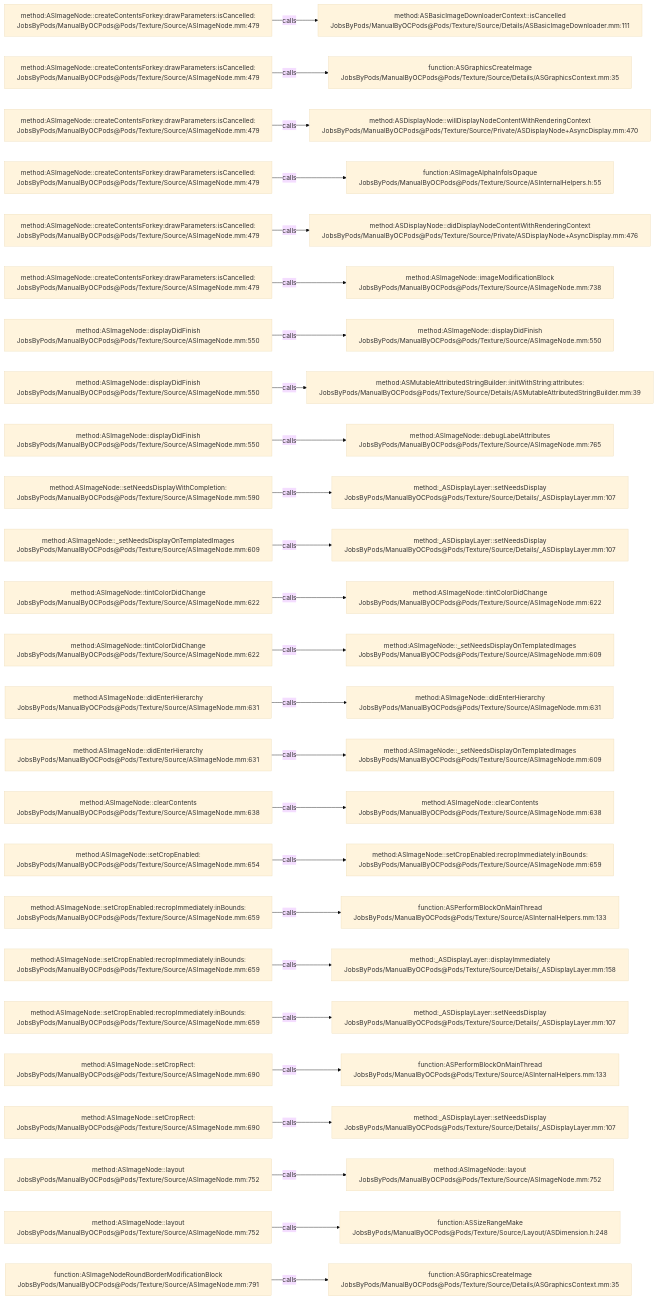
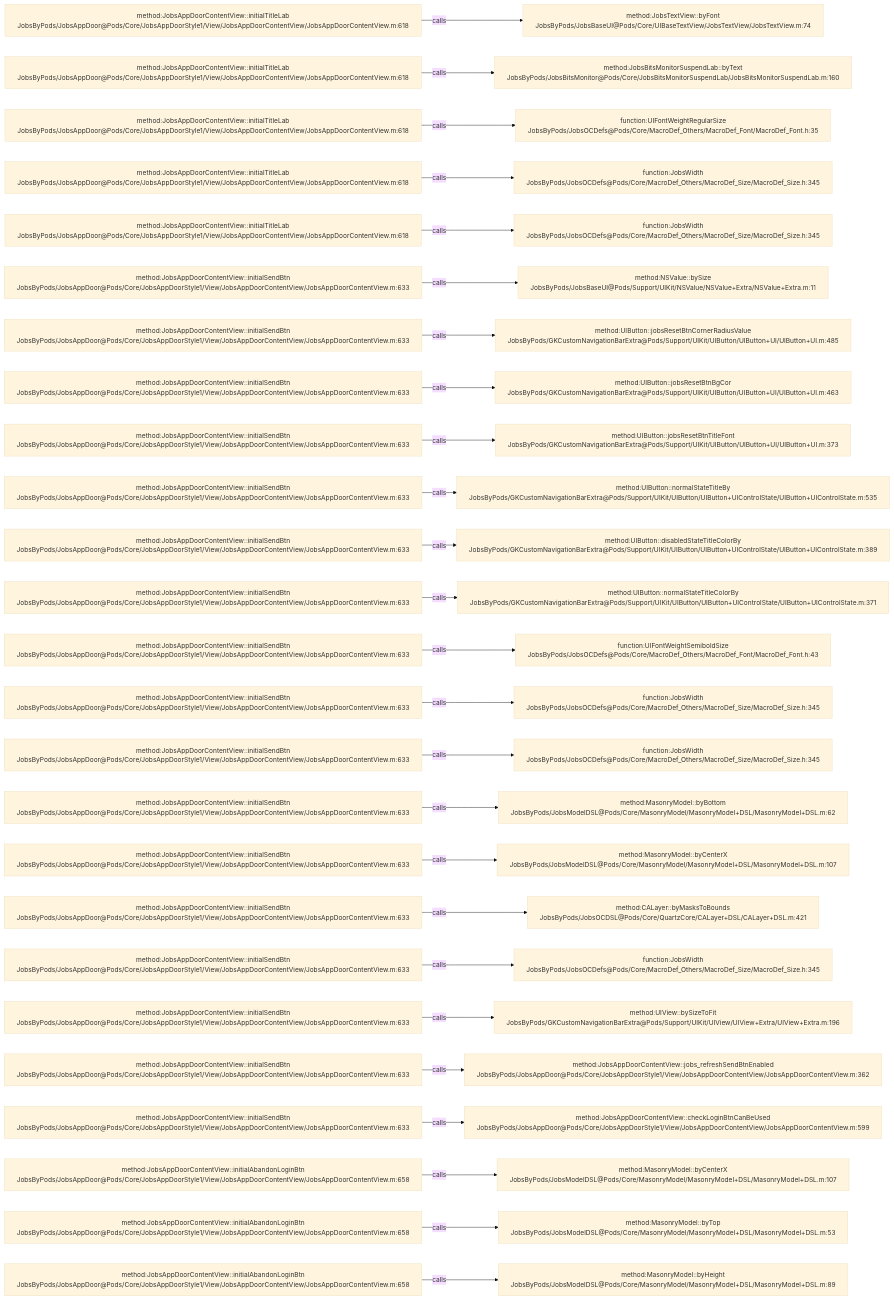
One commit to JobsKits/JobsOCBaseConfigDemo changed the diagram in .codegraph/codegraph.md/graphs/calls-095.md. Above: the diagram before and after it, drawn with Mermaid (base theme). The commit also changed 768 other files, not shown here.

````diff
--- a/.codegraph/codegraph.md/graphs/calls-095.md
+++ b/.codegraph/codegraph.md/graphs/calls-095.md
@@ -13,78 +13,78 @@
 ```mermaid
 flowchart LR
-  S1["method:ASImageNode::createContentsForkey:drawParameters:isCancelled:<br/>JobsByPods/ManualByOCPods@Pods/Texture/Source/ASImageNode.mm:479"]
-  T1["method:ASBasicImageDownloaderContext::isCancelled<br/>JobsByPods/ManualByOCPods@Pods/Texture/Source/Details/ASBasicImageDownloader.mm:111"]
+  S1["method:JobsAppDoorContentView::initialTitleLab<br/>JobsByPods/JobsAppDoor@Pods/Core/JobsAppDoorStyle1/View/JobsAppDoorContentView/JobsAppDoorContentView.m:618"]
+  T1["method:JobsTextView::byFont<br/>JobsByPods/JobsBaseUI@Pods/Core/UIBaseTextView/JobsTextView/JobsTextView.m:74"]
   S1 -->|calls| T1
-  S2["method:ASImageNode::createContentsForkey:drawParameters:isCancelled:<br/>JobsByPods/ManualByOCPods@Pods/Texture/Source/ASImageNode.mm:479"]
-  T2["function:ASGraphicsCreateImage<br/>JobsByPods/ManualByOCPods@Pods/Texture/Source/Details/ASGraphicsContext.mm:35"]
+  S2["method:JobsAppDoorContentView::initialTitleLab<br/>JobsByPods/JobsAppDoor@Pods/Core/JobsAppDoorStyle1/View/JobsAppDoorContentView/JobsAppDoorContentView.m:618"]
+  T2["method:JobsBitsMonitorSuspendLab::byText<br/>JobsByPods/JobsBitsMonitor@Pods/Core/JobsBitsMonitorSuspendLab/JobsBitsMonitorSuspendLab.m:160"]
   S2 -->|calls| T2
-  S3["method:ASImageNode::createContentsForkey:drawParameters:isCancelled:<br/>JobsByPods/ManualByOCPods@Pods/Texture/Source/ASImageNode.mm:479"]
-  T3["method:ASDisplayNode::willDisplayNodeContentWithRenderingContext<br/>JobsByPods/ManualByOCPods@Pods/Texture/Source/Private/ASDisplayNode+AsyncDisplay.mm:470"]
+  S3["method:JobsAppDoorContentView::initialTitleLab<br/>JobsByPods/JobsAppDoor@Pods/Core/JobsAppDoorStyle1/View/JobsAppDoorContentView/JobsAppDoorContentView.m:618"]
+  T3["function:UIFontWeightRegularSize<br/>JobsByPods/JobsOCDefs@Pods/Core/MacroDef_Others/MacroDef_Font/MacroDef_Font.h:35"]
   S3 -->|calls| T3
-  S4["method:ASImageNode::createContentsForkey:drawParameters:isCancelled:<br/>JobsByPods/ManualByOCPods@Pods/Texture/Source/ASImageNode.mm:479"]
-  T4["function:ASImageAlphaInfoIsOpaque<br/>JobsByPods/ManualByOCPods@Pods/Texture/Source/ASInternalHelpers.h:55"]
+  S4["method:JobsAppDoorContentView::initialTitleLab<br/>JobsByPods/JobsAppDoor@Pods/Core/JobsAppDoorStyle1/View/JobsAppDoorContentView/JobsAppDoorContentView.m:618"]
+  T4["function:JobsWidth<br/>JobsByPods/JobsOCDefs@Pods/Core/MacroDef_Others/MacroDef_Size/MacroDef_Size.h:345"]
   S4 -->|calls| T4
-  S5["method:ASImageNode::createContentsForkey:drawParameters:isCancelled:<br/>JobsByPods/ManualByOCPods@Pods/Texture/Source/ASImageNode.mm:479"]
-  T5["method:ASDisplayNode::didDisplayNodeContentWithRenderingContext<br/>JobsByPods/ManualByOCPods@Pods/Texture/Source/Private/ASDisplayNode+AsyncDisplay.mm:476"]
+  S5["method:JobsAppDoorContentView::initialTitleLab<br/>JobsByPods/JobsAppDoor@Pods/Core/JobsAppDoorStyle1/View/JobsAppDoorContentView/JobsAppDoorContentView.m:618"]
+  T5["function:JobsWidth<br/>JobsByPods/JobsOCDefs@Pods/Core/MacroDef_Others/MacroDef_Size/MacroDef_Size.h:345"]
   S5 -->|calls| T5
-  S6["method:ASImageNode::createContentsForkey:drawParameters:isCancelled:<br/>JobsByPods/ManualByOCPods@Pods/Texture/Source/ASImageNode.mm:479"]
-  T6["method:ASImageNode::imageModificationBlock<br/>JobsByPods/ManualByOCPods@Pods/Texture/Source/ASImageNode.mm:738"]
+  S6["method:JobsAppDoorContentView::initialSendBtn<br/>JobsByPods/JobsAppDoor@Pods/Core/JobsAppDoorStyle1/View/JobsAppDoorContentView/JobsAppDoorContentView.m:633"]
+  T6["method:NSValue::bySize<br/>JobsByPods/JobsBaseUI@Pods/Support/UIKit/NSValue/NSValue+Extra/NSValue+Extra.m:11"]
   S6 -->|calls| T6
-  S7["method:ASImageNode::displayDidFinish<br/>JobsByPods/ManualByOCPods@Pods/Texture/Source/ASImageNode.mm:550"]
-  T7["method:ASImageNode::displayDidFinish<br/>JobsByPods/ManualByOCPods@Pods/Texture/Source/ASImageNode.mm:550"]
+  S7["method:JobsAppDoorContentView::initialSendBtn<br/>JobsByPods/JobsAppDoor@Pods/Core/JobsAppDoorStyle1/View/JobsAppDoorContentView/JobsAppDoorContentView.m:633"]
+  T7["method:UIButton::jobsResetBtnCornerRadiusValue<br/>JobsByPods/GKCustomNavigationBarExtra@Pods/Support/UIKit/UIButton/UIButton+UI/UIButton+UI.m:485"]
   S7 -->|calls| T7
-  S8["method:ASImageNode::displayDidFinish<br/>JobsByPods/ManualByOCPods@Pods/Texture/Source/ASImageNode.mm:550"]
-  T8["method:ASMutableAttributedStringBuilder::initWithString:attributes:<br/>JobsByPods/ManualByOCPods@Pods/Texture/Source/Details/ASMutableAttributedStringBuilder.mm:39"]
+  S8["method:JobsAppDoorContentView::initialSendBtn<br/>JobsByPods/JobsAppDoor@Pods/Core/JobsAppDoorStyle1/View/JobsAppDoorContentView/JobsAppDoorContentView.m:633"]
+  T8["method:UIButton::jobsResetBtnBgCor<br/>JobsByPods/GKCustomNavigationBarExtra@Pods/Support/UIKit/UIButton/UIButton+UI/UIButton+UI.m:463"]
   S8 -->|calls| T8
-  S9["method:ASImageNode::displayDidFinish<br/>JobsByPods/ManualByOCPods@Pods/Texture/Source/ASImageNode.mm:550"]
-  T9["method:ASImageNode::debugLabelAttributes<br/>JobsByPods/ManualByOCPods@Pods/Texture/Source/ASImageNode.mm:765"]
+  S9["method:JobsAppDoorContentView::initialSendBtn<br/>JobsByPods/JobsAppDoor@Pods/Core/JobsAppDoorStyle1/View/JobsAppDoorContentView/JobsAppDoorContentView.m:633"]
+  T9["method:UIButton::jobsResetBtnTitleFont<br/>JobsByPods/GKCustomNavigationBarExtra@Pods/Support/UIKit/UIButton/UIButton+UI/UIButton+UI.m:373"]
   S9 -->|calls| T9
-  S10["method:ASImageNode::setNeedsDisplayWithCompletion:<br/>JobsByPods/ManualByOCPods@Pods/Texture/Source/ASImageNode.mm:590"]
-  T10["method:_ASDisplayLayer::setNeedsDisplay<br/>JobsByPods/ManualByOCPods@Pods/Texture/Source/Details/_ASDisplayLayer.mm:107"]
+  S10["method:JobsAppDoorContentView::initialSendBtn<br/>JobsByPods/JobsAppDoor@Pods/Core/JobsAppDoorStyle1/View/JobsAppDoorContentView/JobsAppDoorContentView.m:633"]
+  T10["method:UIButton::normalStateTitleBy<br/>JobsByPods/GKCustomNavigationBarExtra@Pods/Support/UIKit/UIButton/UIButton+UIControlState/UIButton+UIControlState.m:535"]
   S10 -->|calls| T10
-  S11["method:ASImageNode::_setNeedsDisplayOnTemplatedImages<br/>JobsByPods/ManualByOCPods@Pods/Texture/Source/ASImageNode.mm:609"]
-  T11["method:_ASDisplayLayer::setNeedsDisplay<br/>JobsByPods/ManualByOCPods@Pods/Texture/Source/Details/_ASDisplayLayer.mm:107"]
+  S11["method:JobsAppDoorContentView::initialSendBtn<br/>JobsByPods/JobsAppDoor@Pods/Core/JobsAppDoorStyle1/View/JobsAppDoorContentView/JobsAppDoorContentView.m:633"]
+  T11["method:UIButton::disabledStateTitleColorBy<br/>JobsByPods/GKCustomNavigationBarExtra@Pods/Support/UIKit/UIButton/UIButton+UIControlState/UIButton+UIControlState.m:389"]
   S11 -->|calls| T11
-  S12["method:ASImageNode::tintColorDidChange<br/>JobsByPods/ManualByOCPods@Pods/Texture/Source/ASImageNode.mm:622"]
-  T12["method:ASImageNode::tintColorDidChange<br/>JobsByPods/ManualByOCPods@Pods/Texture/Source/ASImageNode.mm:622"]
+  S12["method:JobsAppDoorContentView::initialSendBtn<br/>JobsByPods/JobsAppDoor@Pods/Core/JobsAppDoorStyle1/View/JobsAppDoorContentView/JobsAppDoorContentView.m:633"]
+  T12["method:UIButton::normalStateTitleColorBy<br/>JobsByPods/GKCustomNavigationBarExtra@Pods/Support/UIKit/UIButton/UIButton+UIControlState/UIButton+UIControlState.m:371"]
   S12 -->|calls| T12
-  S13["method:ASImageNode::tintColorDidChange<br/>JobsByPods/ManualByOCPods@Pods/Texture/Source/ASImageNode.mm:622"]
-  T13["method:ASImageNode::_setNeedsDisplayOnTemplatedImages<br/>JobsByPods/ManualByOCPods@Pods/Texture/Source/ASImageNode.mm:609"]
+  S13["method:JobsAppDoorContentView::initialSendBtn<br/>JobsByPods/JobsAppDoor@Pods/Core/JobsAppDoorStyle1/View/JobsAppDoorContentView/JobsAppDoorContentView.m:633"]
+  T13["function:UIFontWeightSemiboldSize<br/>JobsByPods/JobsOCDefs@Pods/Core/MacroDef_Others/MacroDef_Font/MacroDef_Font.h:43"]
   S13 -->|calls| T13
-  S14["method:ASImageNode::didEnterHierarchy<br/>JobsByPods/ManualByOCPods@Pods/Texture/Source/ASImageNode.mm:631"]
-  T14["method:ASImageNode::didEnterHierarchy<br/>JobsByPods/ManualByOCPods@Pods/Texture/Source/ASImageNode.mm:631"]
+  S14["method:JobsAppDoorContentView::initialSendBtn<br/>JobsByPods/JobsAppDoor@Pods/Core/JobsAppDoorStyle1/View/JobsAppDoorContentView/JobsAppDoorContentView.m:633"]
+  T14["function:JobsWidth<br/>JobsByPods/JobsOCDefs@Pods/Core/MacroDef_Others/MacroDef_Size/MacroDef_Size.h:345"]
   S14 -->|calls| T14
-  S15["method:ASImageNode::didEnterHierarchy<br/>JobsByPods/ManualByOCPods@Pods/Texture/Source/ASImageNode.mm:631"]
-  T15["method:ASImageNode::_setNeedsDisplayOnTemplatedImages<br/>JobsByPods/ManualByOCPods@Pods/Texture/Source/ASImageNode.mm:609"]
+  S15["method:JobsAppDoorContentView::initialSendBtn<br/>JobsByPods/JobsAppDoor@Pods/Core/JobsAppDoorStyle1/View/JobsAppDoorContentView/JobsAppDoorContentView.m:633"]
+  T15["function:JobsWidth<br/>JobsByPods/JobsOCDefs@Pods/Core/MacroDef_Others/MacroDef_Size/MacroDef_Size.h:345"]
   S15 -->|calls| T15
-  S16["method:ASImageNode::clearContents<br/>JobsByPods/ManualByOCPods@Pods/Texture/Source/ASImageNode.mm:638"]
-  T16["method:ASImageNode::clearContents<br/>JobsByPods/ManualByOCPods@Pods/Texture/Source/ASImageNode.mm:638"]
+  S16["method:JobsAppDoorContentView::initialSendBtn<br/>JobsByPods/JobsAppDoor@Pods/Core/JobsAppDoorStyle1/View/JobsAppDoorContentView/JobsAppDoorContentView.m:633"]
+  T16["method:MasonryModel::byBottom<br/>JobsByPods/JobsModelDSL@Pods/Core/MasonryModel/MasonryModel+DSL/MasonryModel+DSL.m:62"]
   S16 -->|calls| T16
-  S17["method:ASImageNode::setCropEnabled:<br/>JobsByPods/ManualByOCPods@Pods/Texture/Source/ASImageNode.mm:654"]
-  T17["method:ASImageNode::setCropEnabled:recropImmediately:inBounds:<br/>JobsByPods/ManualByOCPods@Pods/Texture/Source/ASImageNode.mm:659"]
+  S17["method:JobsAppDoorContentView::initialSendBtn<br/>JobsByPods/JobsAppDoor@Pods/Core/JobsAppDoorStyle1/View/JobsAppDoorContentView/JobsAppDoorContentView.m:633"]
+  T17["method:MasonryModel::byCenterX<br/>JobsByPods/JobsModelDSL@Pods/Core/MasonryModel/MasonryModel+DSL/MasonryModel+DSL.m:107"]
   S17 -->|calls| T17
-  S18["method:ASImageNode::setCropEnabled:recropImmediately:inBounds:<br/>JobsByPods/ManualByOCPods@Pods/Texture/Source/ASImageNode.mm:659"]
-  T18["function:ASPerformBlockOnMainThread<br/>JobsByPods/ManualByOCPods@Pods/Texture/Source/ASInternalHelpers.mm:133"]
+  S18["method:JobsAppDoorContentView::initialSendBtn<br/>JobsByPods/JobsAppDoor@Pods/Core/JobsAppDoorStyle1/View/JobsAppDoorContentView/JobsAppDoorContentView.m:633"]
+  T18["method:CALayer::byMasksToBounds<br/>JobsByPods/JobsOCDSL@Pods/Core/QuartzCore/CALayer+DSL/CALayer+DSL.m:421"]
   S18 -->|calls| T18
-  S19["method:ASImageNode::setCropEnabled:recropImmediately:inBounds:<br/>JobsByPods/ManualByOCPods@Pods/Texture/Source/ASImageNode.mm:659"]
-  T19["method:_ASDisplayLayer::displayImmediately<br/>JobsByPods/ManualByOCPods@Pods/Texture/Source/Details/_ASDisplayLayer.mm:158"]
+  S19["method:JobsAppDoorContentView::initialSendBtn<br/>JobsByPods/JobsAppDoor@Pods/Core/JobsAppDoorStyle1/View/JobsAppDoorContentView/JobsAppDoorContentView.m:633"]
+  T19["function:JobsWidth<br/>JobsByPods/JobsOCDefs@Pods/Core/MacroDef_Others/MacroDef_Size/MacroDef_Size.h:345"]
   S19 -->|calls| T19
-  S20["method:ASImageNode::setCropEnabled:recropImmediately:inBounds:<br/>JobsByPods/ManualByOCPods@Pods/Texture/Source/ASImageNode.mm:659"]
-  T20["method:_ASDisplayLayer::setNeedsDisplay<br/>JobsByPods/ManualByOCPods@Pods/Texture/Source/Details/_ASDisplayLayer.mm:107"]
+  S20["method:JobsAppDoorContentView::initialSendBtn<br/>JobsByPods/JobsAppDoor@Pods/Core/JobsAppDoorStyle1/View/JobsAppDoorContentView/JobsAppDoorContentView.m:633"]
+  T20["method:UIView::bySizeToFit<br/>JobsByPods/GKCustomNavigationBarExtra@Pods/Support/UIKit/UIView/UIView+Extra/UIView+Extra.m:196"]
   S20 -->|calls| T20
-  S21["method:ASImageNode::setCropRect:<br/>JobsByPods/ManualByOCPods@Pods/Texture/Source/ASImageNode.mm:690"]
-  T21["function:ASPerformBlockOnMainThread<br/>JobsByPods/ManualByOCPods@Pods/Texture/Source/ASInternalHelpers.mm:133"]
+  S21["method:JobsAppDoorContentView::initialSendBtn<br/>JobsByPods/JobsAppDoor@Pods/Core/JobsAppDoorStyle1/View/JobsAppDoorContentView/JobsAppDoorContentView.m:633"]
+  T21["method:JobsAppDoorContentView::jobs_refreshSendBtnEnabled<br/>JobsByPods/JobsAppDoor@Pods/Core/JobsAppDoorStyle1/View/JobsAppDoorContentView/JobsAppDoorContentView.m:362"]
   S21 -->|calls| T21
-  S22["method:ASImageNode::setCropRect:<br/>JobsByPods/ManualByOCPods@Pods/Texture/Source/ASImageNode.mm:690"]
-  T22["method:_ASDisplayLayer::setNeedsDisplay<br/>JobsByPods/ManualByOCPods@Pods/Texture/Source/Details/_ASDisplayLayer.mm:107"]
+  S22["method:JobsAppDoorContentView::initialSendBtn<br/>JobsByPods/JobsAppDoor@Pods/Core/JobsAppDoorStyle1/View/JobsAppDoorContentView/JobsAppDoorContentView.m:633"]
+  T22["method:JobsAppDoorContentView::checkLoginBtnCanBeUsed<br/>JobsByPods/JobsAppDoor@Pods/Core/JobsAppDoorStyle1/View/JobsAppDoorContentView/JobsAppDoorContentView.m:599"]
   S22 -->|calls| T22
-  S23["method:ASImageNode::layout<br/>JobsByPods/ManualByOCPods@Pods/Texture/Source/ASImageNode.mm:752"]
-  T23["method:ASImageNode::layout<br/>JobsByPods/ManualByOCPods@Pods/Texture/Source/ASImageNode.mm:752"]
+  S23["method:JobsAppDoorContentView::initialAbandonLoginBtn<br/>JobsByPods/JobsAppDoor@Pods/Core/JobsAppDoorStyle1/View/JobsAppDoorContentView/JobsAppDoorContentView.m:658"]
+  T23["method:MasonryModel::byCenterX<br/>JobsByPods/JobsModelDSL@Pods/Core/MasonryModel/MasonryModel+DSL/MasonryModel+DSL.m:107"]
   S23 -->|calls| T23
-  S24["method:ASImageNode::layout<br/>JobsByPods/ManualByOCPods@Pods/Texture/Source/ASImageNode.mm:752"]
-  T24["function:ASSizeRangeMake<br/>JobsByPods/ManualByOCPods@Pods/Texture/Source/Layout/ASDimension.h:248"]
+  S24["method:JobsAppDoorContentView::initialAbandonLoginBtn<br/>JobsByPods/JobsAppDoor@Pods/Core/JobsAppDoorStyle1/View/JobsAppDoorContentView/JobsAppDoorContentView.m:658"]
+  T24["method:MasonryModel::byTop<br/>JobsByPods/JobsModelDSL@Pods/Core/MasonryModel/MasonryModel+DSL/MasonryModel+DSL.m:53"]
   S24 -->|calls| T24
-  S25["function:ASImageNodeRoundBorderModificationBlock<br/>JobsByPods/ManualByOCPods@Pods/Texture/Source/ASImageNode.mm:791"]
-  T25["function:ASGraphicsCreateImage<br/>JobsByPods/ManualByOCPods@Pods/Texture/Source/Details/ASGraphicsContext.mm:35"]
+  S25["method:JobsAppDoorContentView::initialAbandonLoginBtn<br/>JobsByPods/JobsAppDoor@Pods/Core/JobsAppDoorStyle1/View/JobsAppDoorContentView/JobsAppDoorContentView.m:658"]
+  T25["method:MasonryModel::byHeight<br/>JobsByPods/JobsModelDSL@Pods/Core/MasonryModel/MasonryModel+DSL/MasonryModel+DSL.m:89"]
   S25 -->|calls| T25
 ```
````
